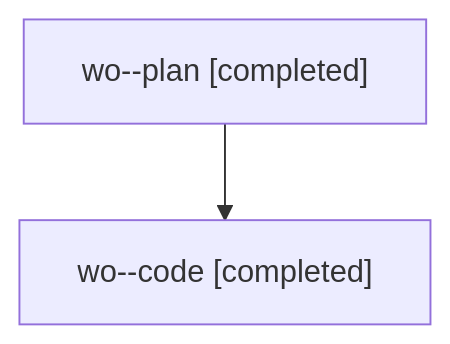
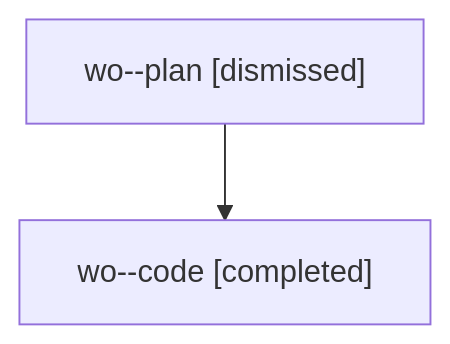
Before and after one commit to sase-org/sase--agents: the diagram in families/bbugyi200.athena.wo.md, drawn with Mermaid. The commit also changed other lines of this file and 2170 other files, not shown here.

````diff
--- a/families/bbugyi200.athena.wo.md
+++ b/families/bbugyi200.athena.wo.md
@@ -9,6 +9,6 @@
 ```mermaid
 flowchart TD
-  n0["wo--plan [completed]"]
+  n0["wo--plan [dismissed]"]
   n1["wo--code [completed]"]
   n0 --> n1
 ```
````
